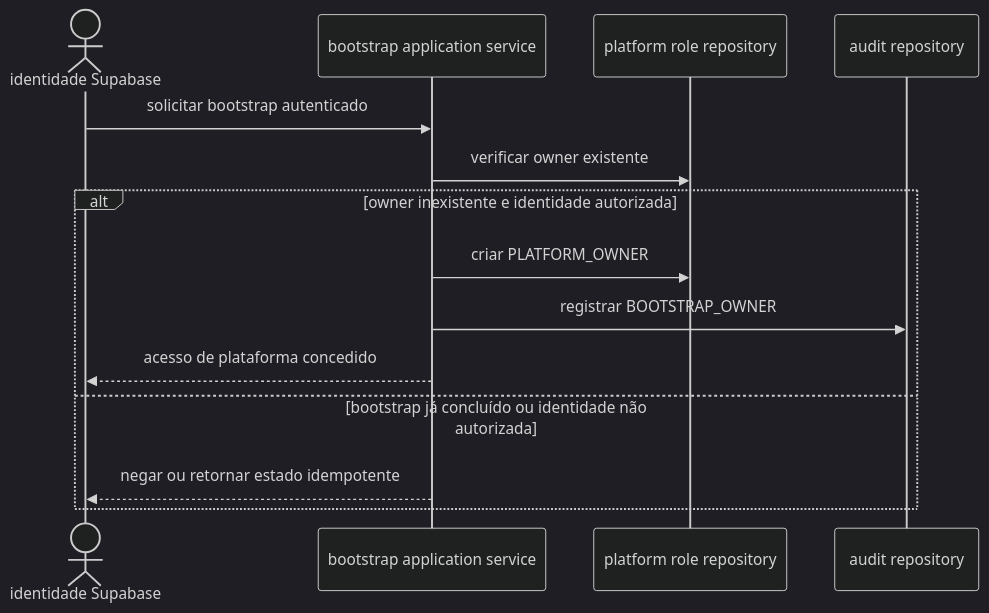
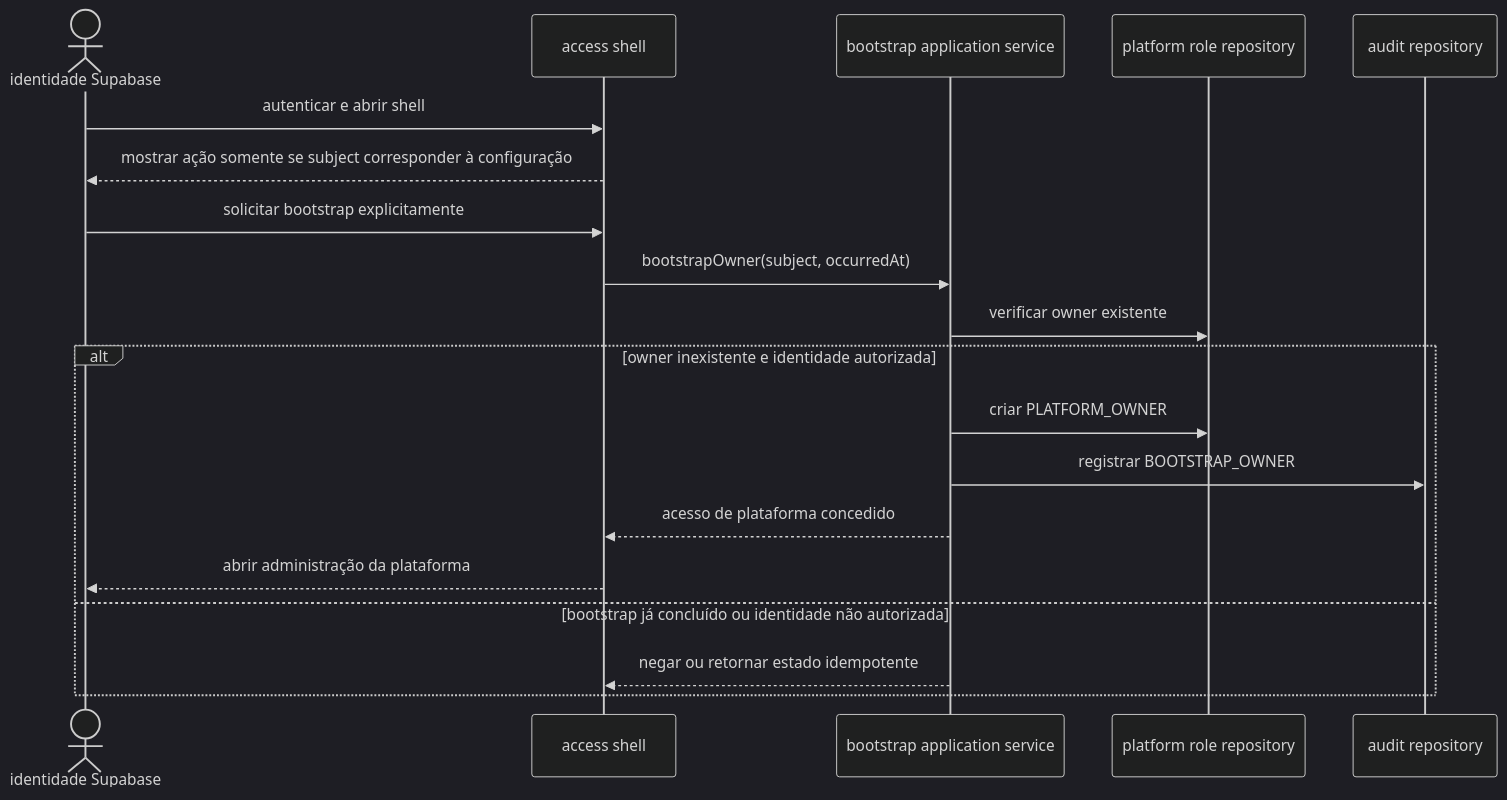
One commit to thiagoaataide/gestao-custo-e-producao changed the second of 4 diagrams in .specs/features/f-01-platform-provisioning/design.md. Above: the diagram before and after it, drawn with Mermaid (dark theme). The commit also changed other lines of this file and 6 other files, not shown here.

Commit message:
fix(platform): expose configured owner bootstrap

````diff
--- a/.specs/features/f-01-platform-provisioning/design.md
+++ b/.specs/features/f-01-platform-provisioning/design.md
@@ -58,17 +58,22 @@
 ```mermaid
 sequenceDiagram
     actor Owner as identidade Supabase
+    participant UI as access shell
     participant App as bootstrap application service
     participant Roles as platform role repository
     participant Audit as audit repository
 
-    Owner->>App: solicitar bootstrap autenticado
+    Owner->>UI: autenticar e abrir shell
+    UI-->>Owner: mostrar ação somente se subject corresponder à configuração
+    Owner->>UI: solicitar bootstrap explicitamente
+    UI->>App: bootstrapOwner(subject, occurredAt)
     App->>Roles: verificar owner existente
     alt owner inexistente e identidade autorizada
         App->>Roles: criar PLATFORM_OWNER
         App->>Audit: registrar BOOTSTRAP_OWNER
-        App-->>Owner: acesso de plataforma concedido
+        App-->>UI: acesso de plataforma concedido
+        UI-->>Owner: abrir administração da plataforma
     else bootstrap já concluído ou identidade não autorizada
-        App-->>Owner: negar ou retornar estado idempotente
+        App-->>UI: negar ou retornar estado idempotente
     end
 ```
````
